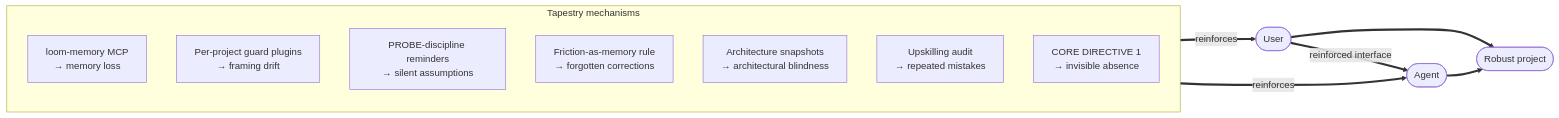
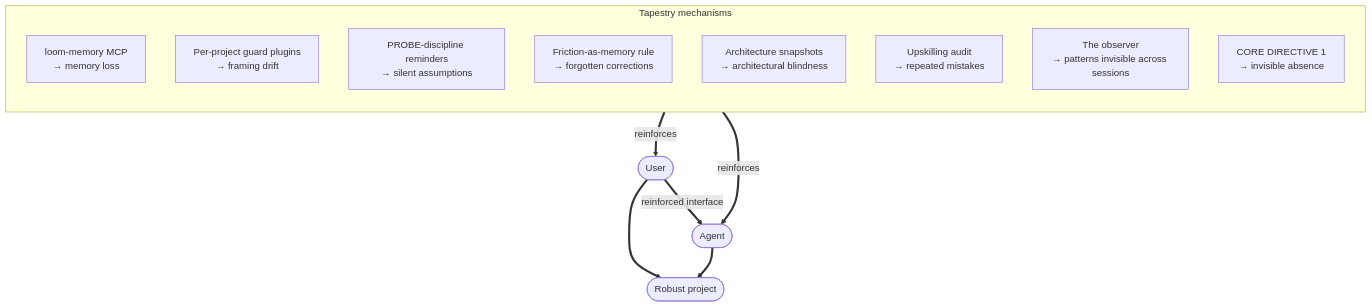
Before and after one commit to Lizo-RoadTown/tapestry: the second of 3 diagrams in apps/docs-site/src/content/docs/start/what-stays-on-track.md, drawn with Mermaid. The commit also changed other lines of this file and 8 other files, not shown here.

First line of the commit message:
docs(site): v1.3 — observer + audience reframe + diagram + CSS fixes

````diff
--- a/apps/docs-site/src/content/docs/start/what-stays-on-track.md
+++ b/apps/docs-site/src/content/docs/start/what-stays-on-track.md
@@ -35,20 +36,24 @@
 ```mermaid
-flowchart LR
-  USER([User]) ==>|"reinforced interface"| AGENT([Agent])
-  USER ==> PROJECT([Robust project])
-  AGENT ==> PROJECT
+flowchart TB
+  USER([User])
+  AGENT([Agent])
+  PROJECT([Robust project])
 
   subgraph TAPESTRY["Tapestry mechanisms"]
     direction TB
     M1["loom-memory MCP<br/>→ memory loss"]
     M2["Per-project guard plugins<br/>→ framing drift"]
     M3["PROBE-discipline reminders<br/>→ silent assumptions"]
     M4["Friction-as-memory rule<br/>→ forgotten corrections"]
     M5["Architecture snapshots<br/>→ architectural blindness"]
     M6["Upskilling audit<br/>→ repeated mistakes"]
-    M7["CORE DIRECTIVE 1<br/>→ invisible absence"]
+    M7["The observer<br/>→ patterns invisible across sessions"]
+    M8["CORE DIRECTIVE 1<br/>→ invisible absence"]
   end
 
   TAPESTRY ==>|"reinforces"| USER
   TAPESTRY ==>|"reinforces"| AGENT
+  USER ==>|"reinforced interface"| AGENT
+  USER ==> PROJECT
+  AGENT ==> PROJECT
 ```
````
